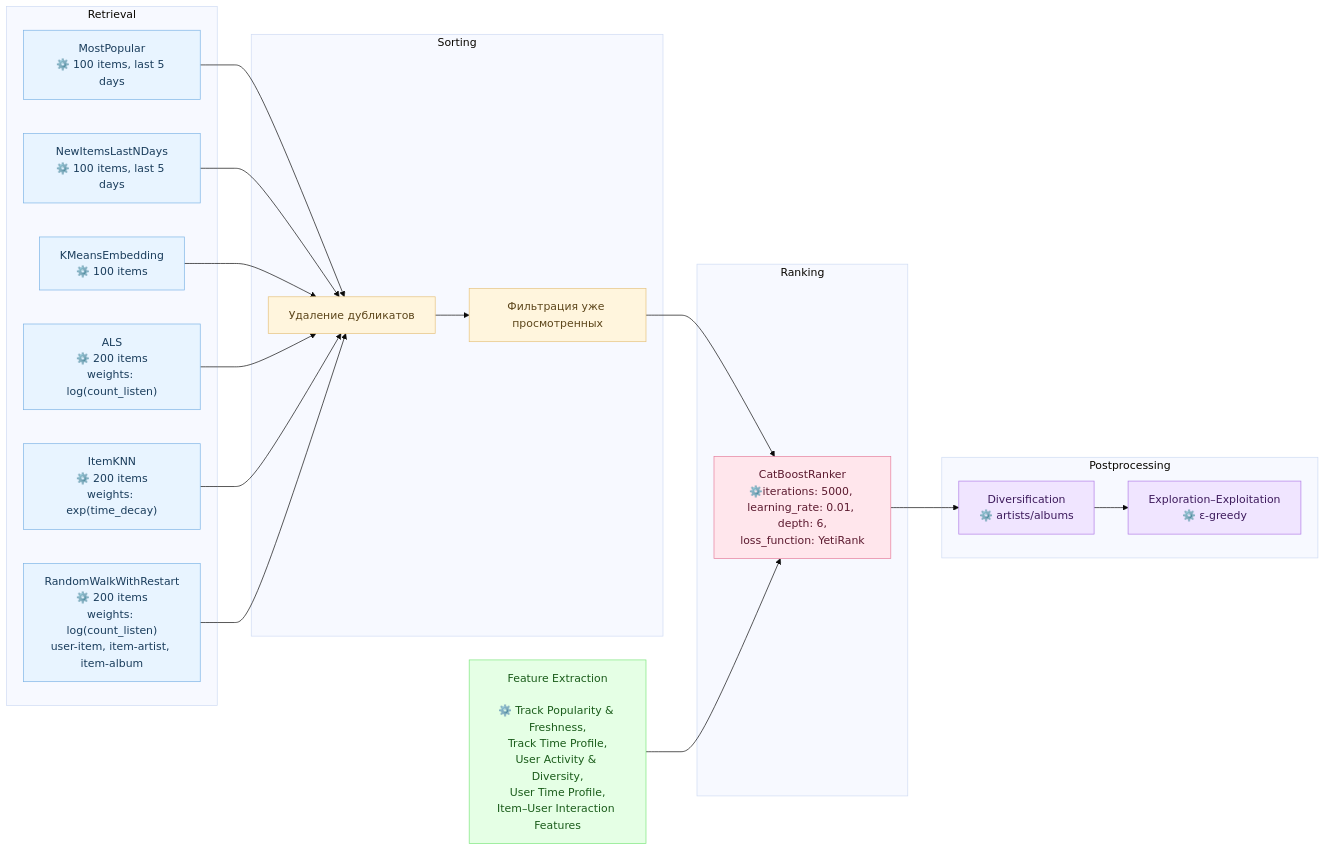
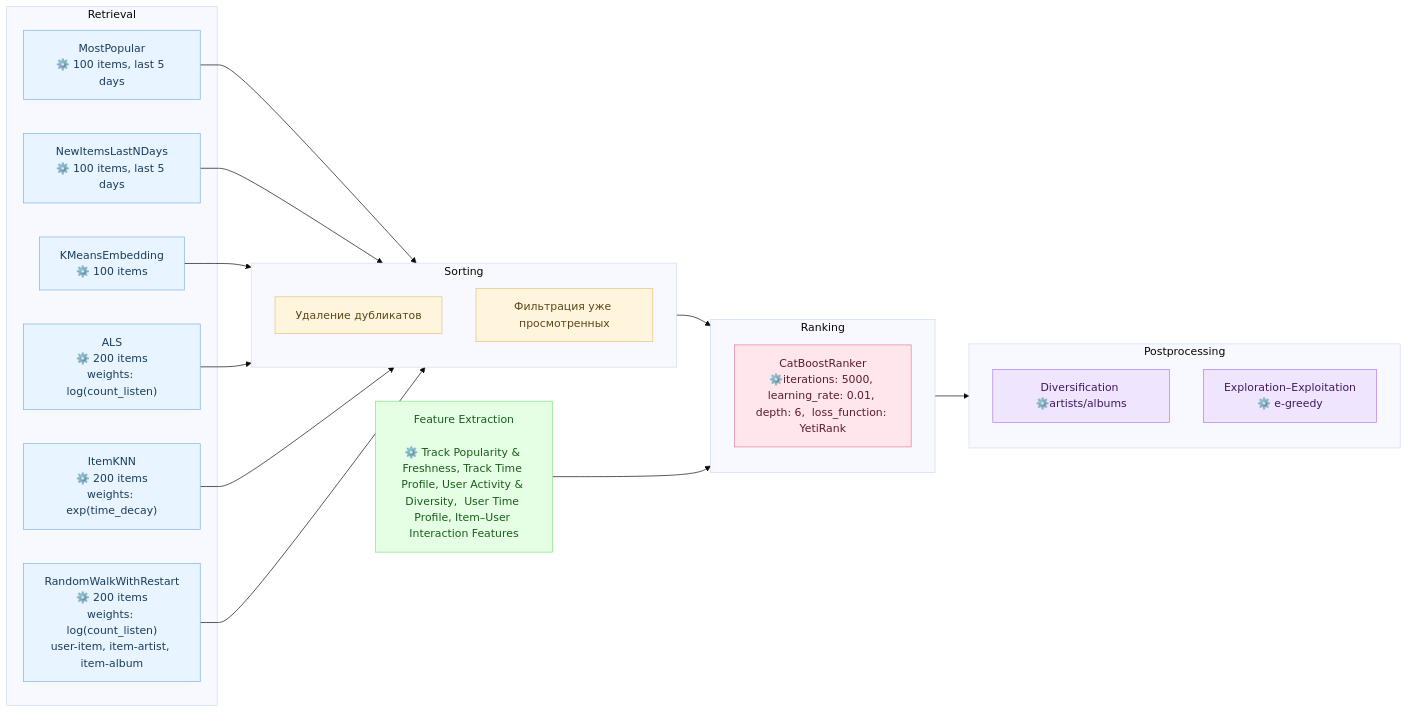
The second of 2 diagrams in README.md (Nastasy822/music-recommendation-experiments), drawn with Mermaid (base theme) before and after one commit.

Commit message:
docs(readme): update diagram

````diff
--- a/README.md
+++ b/README.md
@@ -180,59 +180,59 @@
 ```mermaid
 flowchart LR
 
     %% === Retrieval Models ===
     subgraph RETRIEVAL ["Retrieval"]
         PopAll["MostPopular<br/>⚙️ 100 items, last 5 days"]
         PopUser["NewItemsLastNDays<br/>⚙️ 100 items, last 5 days"]
         SIM["KMeansEmbedding<br/>⚙️ 100 items"]
         ITEMKNN["ItemKNN<br/>⚙️ 200 items<br/>weights: exp(time_decay)"]
         GRAPH["RandomWalkWithRestart<br/>⚙️ 200 items<br/>weights: log(count_listen)<br/>user-item, item-artist, item-album"]
         ALS["ALS<br/>⚙️ 200 items<br/>weights: log(count_listen)"]
     end
 
     %% === Sorting Stage ===
     subgraph SORTING ["Sorting"]
         DUBLICATE["Удаление дубликатов"]
-        DUBLICATE --> FILTER["Фильтрация уже просмотренных"]
+        FILTER["Фильтрация уже просмотренных"]
     end
 
     %% === Ranking Stage ===
     subgraph RANKING ["Ranking"]
-        RANK["CatBoostRanker<br/>⚙️iterations: 5000, learning_rate: 0.01, depth: 6,<br/>loss_function: YetiRank"]
+        RANK["CatBoostRanker<br/>⚙️iterations: 5000, learning_rate: 0.01, depth: 6,  loss_function: YetiRank "]
     end
 
     %% === Postprocessing Stage ===
     subgraph POSTPROCESS ["Postprocessing"]
-        ARTIST_FILTER["Diversification<br/>⚙️ artists/albums"]
-        ARTIST_FILTER --> EXPLORATION["Exploration–Exploitation<br/>⚙️ ε-greedy"]
+        ARTIST_FILTER["Diversification ⚙️artists/albums"]
+        EXPLORATION["Exploration–Exploitation<br/> ⚙️ e-greedy"]
     end
 
     %% === Feature Extraction ===
-    FEATS["Feature Extraction<br><br>⚙️ Track Popularity & Freshness,<br/>Track Time Profile,<br/>User Activity & Diversity,<br/>User Time Profile,<br/>Item–User Interaction Features"]
+    FEATS["Feature Extraction<br><br>⚙️ Track Popularity & Freshness, Track Time Profile, User Activity & Diversity,  User Time Profile, Item–User Interaction Features"]
 
     %% === Data Flows ===
-    PopAll --> DUBLICATE
-    PopUser --> DUBLICATE
-    SIM --> DUBLICATE
-    ALS --> DUBLICATE
-    ITEMKNN --> DUBLICATE
-    GRAPH --> DUBLICATE
+    PopAll --> SORTING
+    PopUser --> SORTING
+    SIM --> SORTING
+    ALS --> SORTING
+    ITEMKNN --> SORTING
+    GRAPH --> SORTING
 
-    FILTER --> RANK
-    FEATS --> RANK
+    SORTING --> RANKING
+    FEATS --> RANKING
 
-    RANK --> ARTIST_FILTER
+    RANKING --> POSTPROCESS
 
     %% === Styles ===
     classDef retrieval fill:#e8f4ff,stroke:#7db4e6,color:#1a3d5c;
     classDef sorting fill:#fff5dd,stroke:#e6c27d,color:#5c451a;
     classDef ranking fill:#ffe6ec,stroke:#e67d9c,color:#5c1a2f;
     classDef postprocess fill:#f0e5ff,stroke:#b07de6,color:#3d1a5c;
     classDef features fill:#e5ffe5,stroke:#7de67d,color:#1a5c1a;
 
     class PopAll,PopUser,SIM,ALS,ITEMKNN,GRAPH retrieval;
-    class DUBLICATE,FILTER sorting;
+    class FILTER,DUBLICATE sorting;
     class RANK ranking;
     class ARTIST_FILTER,EXPLORATION postprocess;
     class FEATS features;
 ```
````
